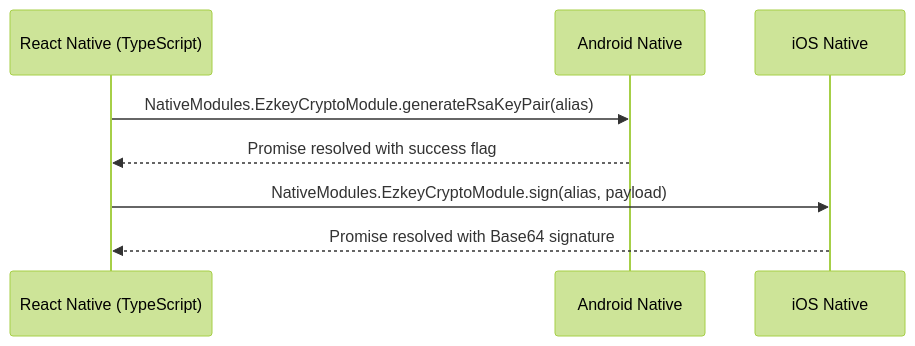
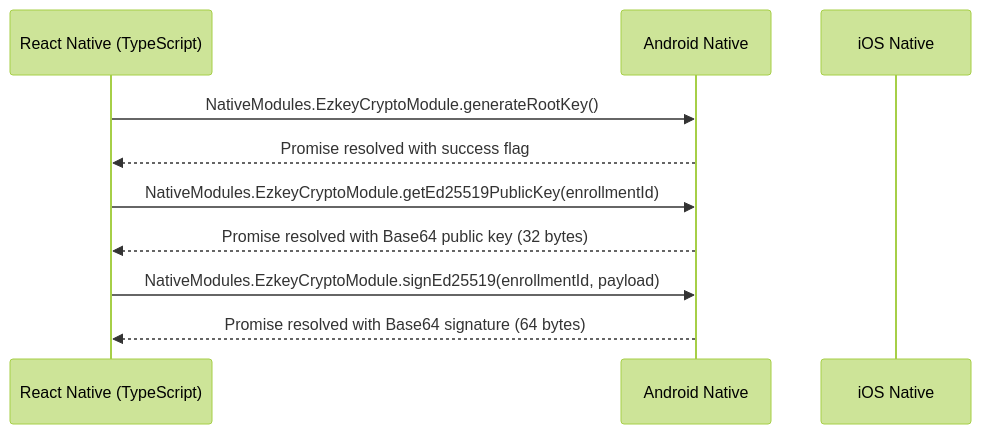
One commit to mgagp/ezkey changed the diagram in ezkey_mobile/docs/NATIVE_MODULES.md. Above: the diagram before and after it, drawn with Mermaid (forest theme). The commit also changed other lines of this file and 24 other files, not shown here.

````diff
--- a/ezkey_mobile/docs/NATIVE_MODULES.md
+++ b/ezkey_mobile/docs/NATIVE_MODULES.md
@@ -23,10 +23,12 @@
 ```mermaid
 sequenceDiagram
     participant JS as React Native (TypeScript)
     participant Android as Android Native
     participant iOS as iOS Native
-    JS->>Android: NativeModules.EzkeyCryptoModule.generateRsaKeyPair(alias)
+    JS->>Android: NativeModules.EzkeyCryptoModule.generateRootKey()
     Android-->>JS: Promise resolved with success flag
-    JS->>iOS: NativeModules.EzkeyCryptoModule.sign(alias, payload)
-    iOS-->>JS: Promise resolved with Base64 signature
+    JS->>Android: NativeModules.EzkeyCryptoModule.getEd25519PublicKey(enrollmentId)
+    Android-->>JS: Promise resolved with Base64 public key (32 bytes)
+    JS->>Android: NativeModules.EzkeyCryptoModule.signEd25519(enrollmentId, payload)
+    Android-->>JS: Promise resolved with Base64 signature (64 bytes)
 ```
````
